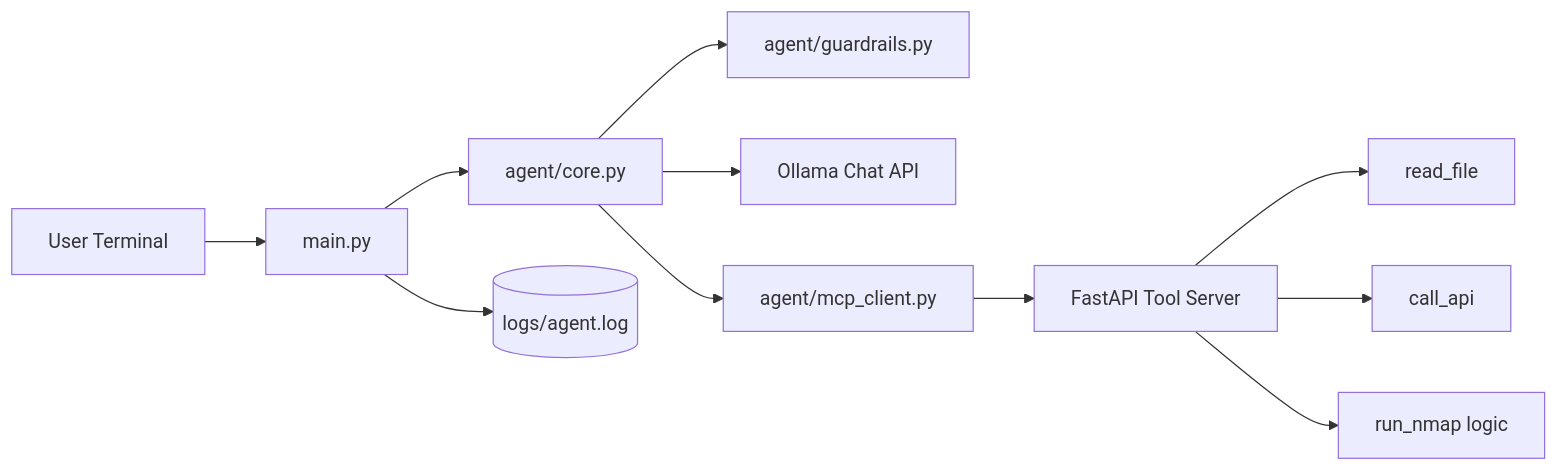
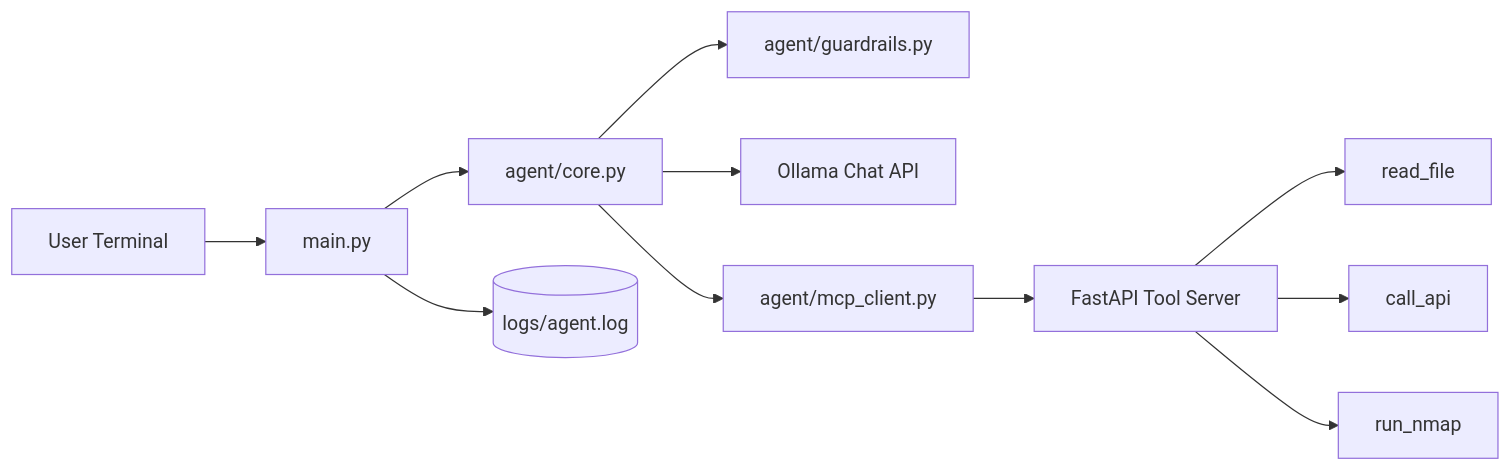
One commit to soorajrs409/e-agent changed the first of 5 diagrams in docs/ARCHITECTURE.md. Above: the diagram before and after it, drawn with Mermaid. The commit also changed other lines of this file and 7 other files, not shown here.

````diff
--- a/docs/ARCHITECTURE.md
+++ b/docs/ARCHITECTURE.md
@@ -10,13 +10,13 @@
 ```mermaid
 flowchart LR
     U[User Terminal] --> MAIN[main.py]
     MAIN --> CORE[agent/core.py]
     CORE --> GUARD[agent/guardrails.py]
     CORE --> OLLAMA[Ollama Chat API]
     CORE --> MCPCLIENT[agent/mcp_client.py]
     MCPCLIENT --> MCPSERVER[FastAPI Tool Server]
     MCPSERVER --> TOOL1[read_file]
     MCPSERVER --> TOOL2[call_api]
-    MCPSERVER --> TOOL3[run_nmap logic]
+    MCPSERVER --> TOOL3[run_nmap]
     MAIN --> LOG[(logs/agent.log)]
 ```
````
